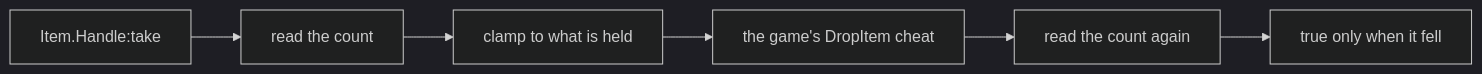
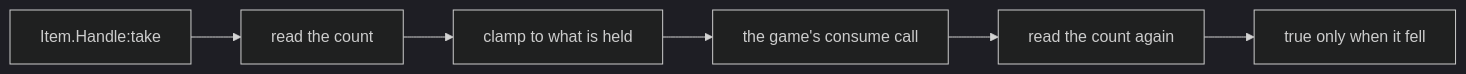
The fifth of 5 diagrams in docs/content/docs/api/item.ja.mdx (dr-mikan/PalForge), drawn with Mermaid (dark theme) before and after one commit. The commit also changed other lines of this file and 36 other files, not shown here.

````diff
--- a/docs/content/docs/api/item.ja.mdx
+++ b/docs/content/docs/api/item.ja.mdx
@@ -450,8 +444,8 @@
 ```mermaid
 flowchart LR
   A["Item.Handle:take"] --> B["read the count"]
   B --> C["clamp to what is held"]
-  C --> D["the game's DropItem cheat"]
+  C --> D["the game's consume call"]
   D --> E["read the count again"]
   E --> F["true only when it fell"]
 ```
````
